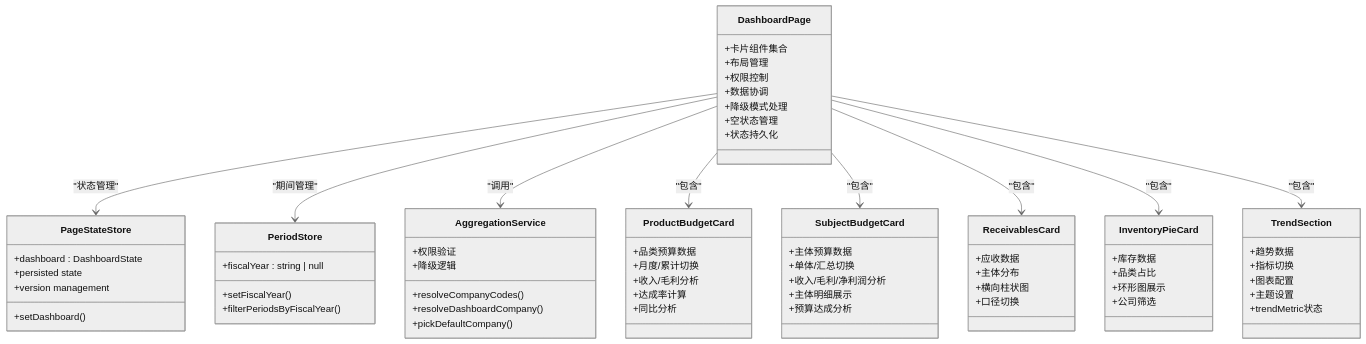
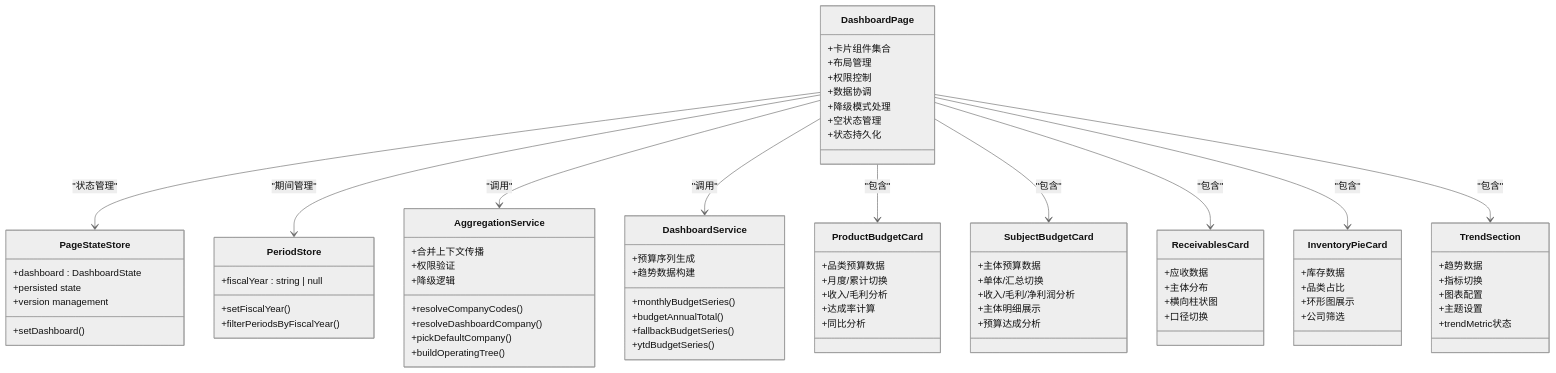
Before and after one commit to Damao997/newproject: the third of 4 diagrams in .qoder/repowiki/zh/content/页面组件/仪表板页面.md, drawn with Mermaid (neutral theme). The commit also changed other lines of this file and 27 other files, not shown here.

````diff
--- a/.qoder/repowiki/zh/content/页面组件/仪表板页面.md
+++ b/.qoder/repowiki/zh/content/页面组件/仪表板页面.md
@@ -315,71 +332,82 @@
 ```mermaid
 classDiagram
 class DashboardPage {
 +卡片组件集合
 +布局管理
 +权限控制
 +数据协调
 +降级模式处理
 +空状态管理
 +状态持久化
 }
 class PageStateStore {
 +dashboard : DashboardState
 +setDashboard()
 +persisted state
 +version management
 }
 class PeriodStore {
 +fiscalYear : string | null
 +setFiscalYear()
 +filterPeriodsByFiscalYear()
 }
 class AggregationService {
 +resolveCompanyCodes()
 +resolveDashboardCompany()
 +pickDefaultCompany()
++buildOperatingTree()
++合并上下文传播
 +权限验证
 +降级逻辑
+}
+class DashboardService {
++monthlyBudgetSeries()
++budgetAnnualTotal()
++fallbackBudgetSeries()
++ytdBudgetSeries()
++预算序列生成
++趋势数据构建
 }
 class ProductBudgetCard {
 +品类预算数据
 +月度/累计切换
 +收入/毛利分析
 +达成率计算
 +同比分析
 }
 class SubjectBudgetCard {
 +主体预算数据
 +单体/汇总切换
 +收入/毛利/净利润分析
 +主体明细展示
 +预算达成分析
 }
 class ReceivablesCard {
 +应收数据
 +主体分布
 +横向柱状图
 +口径切换
 }
 class InventoryPieCard {
 +库存数据
 +品类占比
 +环形图展示
 +公司筛选
 }
 class TrendSection {
 +趋势数据
 +指标切换
 +图表配置
 +主题设置
 +trendMetric状态
 }
 DashboardPage --> PageStateStore : "状态管理"
 DashboardPage --> PeriodStore : "期间管理"
 DashboardPage --> AggregationService : "调用"
+DashboardPage --> DashboardService : "调用"
 DashboardPage --> ProductBudgetCard : "包含"
 DashboardPage --> SubjectBudgetCard : "包含"
 DashboardPage --> ReceivablesCard : "包含"
 DashboardPage --> InventoryPieCard : "包含"
 DashboardPage --> TrendSection : "包含"
 ```
````
